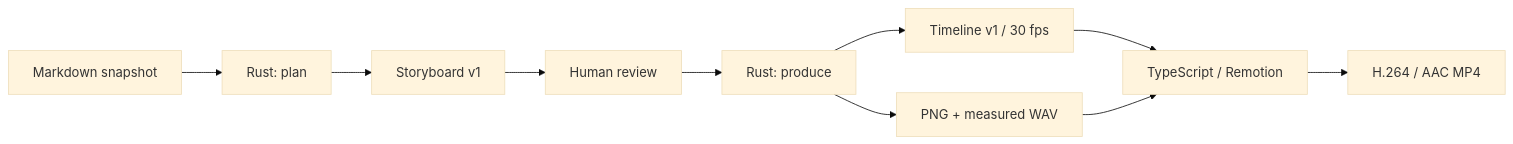
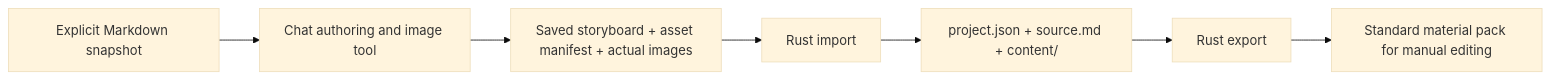
The diagram in ARCHITECTURE.md (XiaoWeiKIN/MindFrame), drawn with Mermaid (base theme) before and after one commit. The commit also changed other lines of this file and 13 other files, not shown here.

Commit message:
feat: add chat-first local material import and Jianying export

````diff
--- a/ARCHITECTURE.md
+++ b/ARCHITECTURE.md
@@ -8,12 +8,9 @@
 ```mermaid
 flowchart LR
-  Source[Markdown snapshot] --> Plan[Rust: plan]
-  Plan --> Board[Storyboard v1]
-  Board --> Review[Human review]
-  Review --> Produce[Rust: produce]
-  Produce --> Assets[PNG + measured WAV]
-  Produce --> Timeline[Timeline v1 / 30 fps]
-  Timeline --> Render[TypeScript / Remotion]
-  Assets --> Render
-  Render --> Video[H.264 / AAC MP4]
+  Source[Explicit Markdown snapshot] --> Chat[Chat authoring and image tool]
+  Chat --> Files[Saved storyboard + asset manifest + actual images]
+  Files --> Import[Rust import]
+  Import --> Project[project.json + source.md + content/]
+  Project --> Export[Rust export]
+  Export --> Editor[Standard material pack for manual editing]
 ```
````
